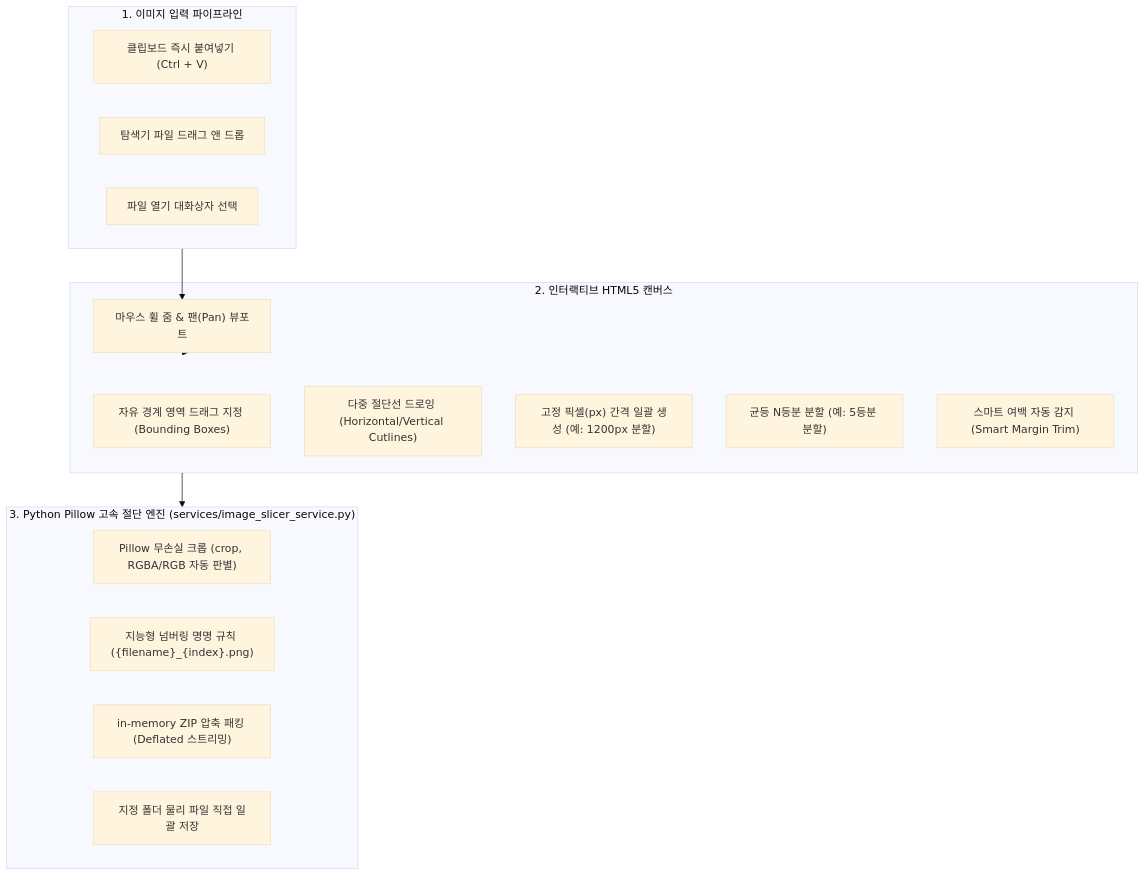
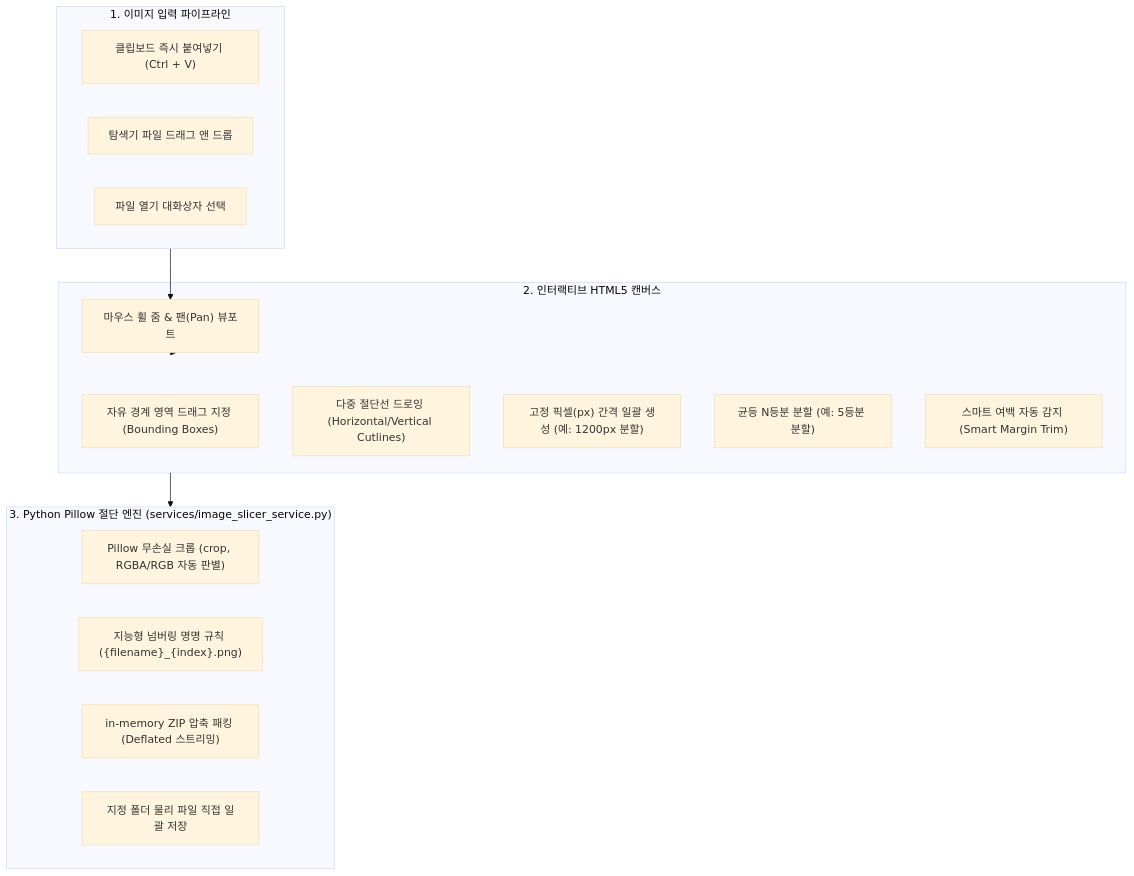
The diagram in docs/IMAGE_SLICER.md (JudeRester/Util-Tools), drawn with Mermaid (base theme) before and after one commit. The commit also changed other lines of this file and 8 other files, not shown here.

````diff
--- a/docs/IMAGE_SLICER.md
+++ b/docs/IMAGE_SLICER.md
@@ -9,28 +9,28 @@
 ```mermaid
 flowchart TD
     subgraph InputStage ["1. 이미지 입력 파이프라인"]
         Paste["클립보드 즉시 붙여넣기 (Ctrl + V)"]
         Drop["탐색기 파일 드래그 앤 드롭"]
         FileBtn["파일 열기 대화상자 선택"]
     end
 
     subgraph InteractiveCanvas ["2. 인터랙티브 HTML5 캔버스"]
         View["마우스 휠 줌 & 팬(Pan) 뷰포트"]
         Mode1["자유 경계 영역 드래그 지정 (Bounding Boxes)"]
         Mode2["다중 절단선 드로잉 (Horizontal/Vertical Cutlines)"]
         Mode3["고정 픽셀(px) 간격 일괄 생성 (예: 1200px 분할)"]
         Mode4["균등 N등분 분할 (예: 5등분 분할)"]
         Mode5["스마트 여백 자동 감지 (Smart Margin Trim)"]
     end
 
-    subgraph PillowBackend ["3. Python Pillow 고속 절단 엔진 (services/image_slicer_service.py)"]
+    subgraph PillowBackend ["3. Python Pillow 절단 엔진 (services/image_slicer_service.py)"]
         Crop["Pillow 무손실 크롭 (crop, RGBA/RGB 자동 판별)"]
         Naming["지능형 넘버링 명명 규칙 ({filename}_{index}.png)"]
         Zip["in-memory ZIP 압축 패킹 (Deflated 스트리밍)"]
         Disk["지정 폴더 물리 파일 직접 일괄 저장"]
     end
 
     InputStage --> View
     View --> InteractiveCanvas
     InteractiveCanvas --> PillowBackend
 ```
````
